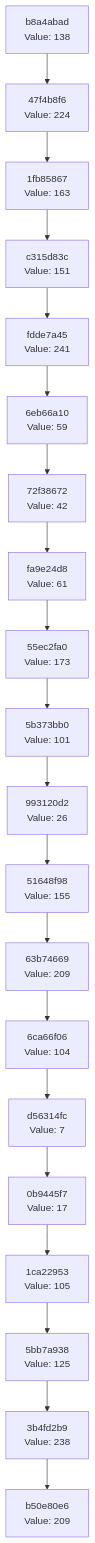
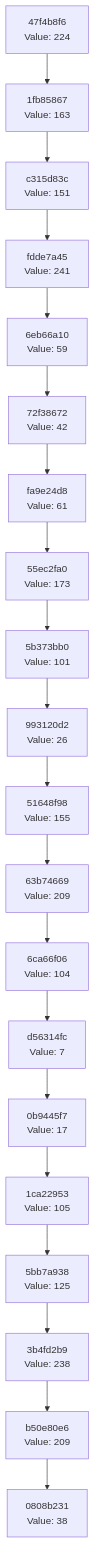
The diagram in docs/CHAIN_VISUALIZATION.md (Abhisheksinha1506/hash-chain-evolver), drawn with Mermaid before and after one commit. The commit also changed 3 other files, not shown here.

````diff
--- a/docs/CHAIN_VISUALIZATION.md
+++ b/docs/CHAIN_VISUALIZATION.md
@@ -3,42 +3,42 @@
 ```mermaid
 graph TD
-    C0["b50e80e6<br/>Value: 209"]
-    C1["3b4fd2b9<br/>Value: 238"]
+    C0["0808b231<br/>Value: 38"]
+    C1["b50e80e6<br/>Value: 209"]
     C1 --> C0
-    C2["5bb7a938<br/>Value: 125"]
+    C2["3b4fd2b9<br/>Value: 238"]
     C2 --> C1
-    C3["1ca22953<br/>Value: 105"]
+    C3["5bb7a938<br/>Value: 125"]
     C3 --> C2
-    C4["0b9445f7<br/>Value: 17"]
+    C4["1ca22953<br/>Value: 105"]
     C4 --> C3
-    C5["d56314fc<br/>Value: 7"]
+    C5["0b9445f7<br/>Value: 17"]
     C5 --> C4
-    C6["6ca66f06<br/>Value: 104"]
+    C6["d56314fc<br/>Value: 7"]
     C6 --> C5
-    C7["63b74669<br/>Value: 209"]
+    C7["6ca66f06<br/>Value: 104"]
     C7 --> C6
-    C8["51648f98<br/>Value: 155"]
+    C8["63b74669<br/>Value: 209"]
     C8 --> C7
-    C9["993120d2<br/>Value: 26"]
+    C9["51648f98<br/>Value: 155"]
     C9 --> C8
-    C10["5b373bb0<br/>Value: 101"]
+    C10["993120d2<br/>Value: 26"]
     C10 --> C9
-    C11["55ec2fa0<br/>Value: 173"]
+    C11["5b373bb0<br/>Value: 101"]
     C11 --> C10
-    C12["fa9e24d8<br/>Value: 61"]
+    C12["55ec2fa0<br/>Value: 173"]
     C12 --> C11
-    C13["72f38672<br/>Value: 42"]
+    C13["fa9e24d8<br/>Value: 61"]
     C13 --> C12
-    C14["6eb66a10<br/>Value: 59"]
+    C14["72f38672<br/>Value: 42"]
     C14 --> C13
-    C15["fdde7a45<br/>Value: 241"]
+    C15["6eb66a10<br/>Value: 59"]
     C15 --> C14
-    C16["c315d83c<br/>Value: 151"]
+    C16["fdde7a45<br/>Value: 241"]
     C16 --> C15
-    C17["1fb85867<br/>Value: 163"]
+    C17["c315d83c<br/>Value: 151"]
     C17 --> C16
-    C18["47f4b8f6<br/>Value: 224"]
+    C18["1fb85867<br/>Value: 163"]
     C18 --> C17
-    C19["b8a4abad<br/>Value: 138"]
+    C19["47f4b8f6<br/>Value: 224"]
     C19 --> C18
 ```
````
